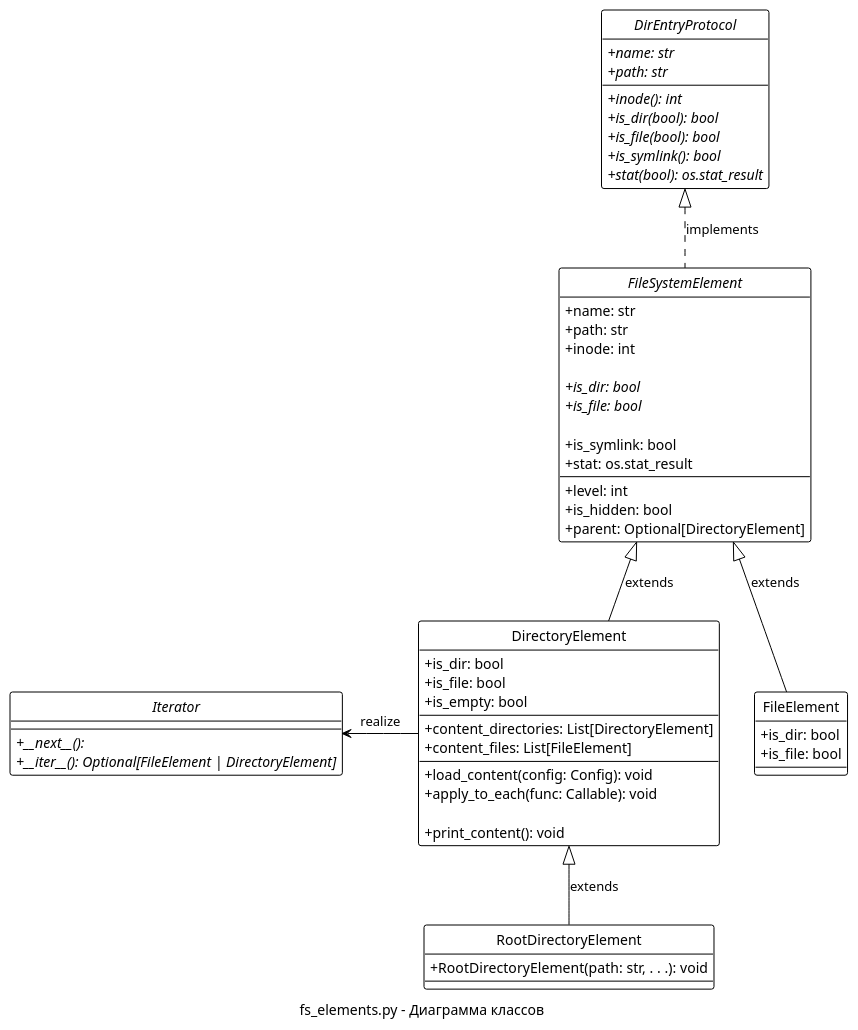
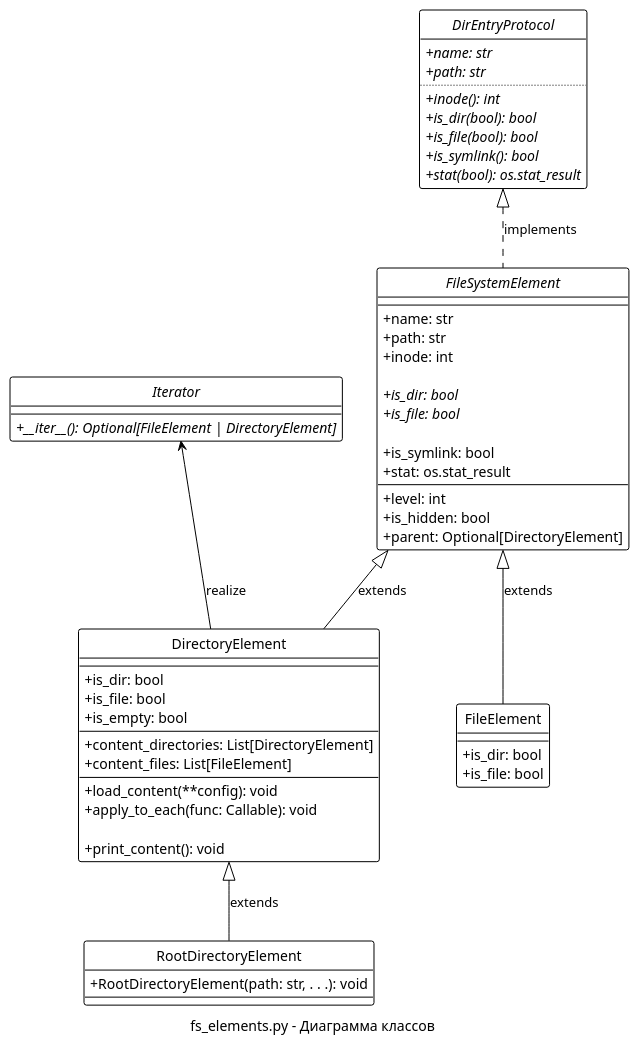
One commit to LumenGNU/ldir changed the second of 3 diagrams in ldir.md. Above: the diagram before and after it, drawn with PlantUML. The commit also changed other lines of this file and 1 other file, not shown here.

Commit message:
Обновление импорта sys и проверка версии Python

````diff
--- a/ldir.md
+++ b/ldir.md
@@ -181,77 +181,80 @@
 ```plantuml
 @startuml fs_elements.py - Диаграмма классов
 
 !theme plain
 
 skinparam style strictuml
 skinparam classAttributeIconSize 0
 
 interface DirEntryProtocol {
   {abstract} +name: str
   {abstract} +path: str
+  ..
   {abstract} +inode(): int
   {abstract} +is_dir(bool): bool
   {abstract} +is_file(bool): bool
   {abstract} +is_symlink(): bool
   {abstract} +stat(bool): os.stat_result
 }
 
 abstract class FileSystemElement {
+  --
   +name: str
   +path: str
   +inode: int
 
   +{abstract} is_dir: bool
   +{abstract} is_file: bool
 
   +is_symlink: bool
   +stat: os.stat_result
-  --
+  __
   +level: int
   +is_hidden: bool
   +parent: Optional[DirectoryElement]
 }
 
 class FileElement {
+  --
   +is_dir: bool
   +is_file: bool
 }
 
 class DirectoryElement {
+  --
   +is_dir: bool
   +is_file: bool
   +is_empty: bool
-  ---
+  __
   +content_directories: List[DirectoryElement]
   +content_files: List[FileElement]
-  ---
-  +load_content(config: Config): void
+  __
+  +load_content(**config): void
   +apply_to_each(func: Callable): void
 
   +print_content(): void
 }
 
 class RootDirectoryElement {
   +RootDirectoryElement(path: str, . . .): void
-  ---
+  --
 }
 
 
 interface Iterator {
-  {abstract} +__next__():
   {abstract} +__iter__(): Optional[FileElement | DirectoryElement]
 }
 
 
 
 DirEntryProtocol <|.. FileSystemElement : implements
 FileSystemElement <|-- FileElement : extends
 FileSystemElement <|-- DirectoryElement : extends
 DirectoryElement <|-- RootDirectoryElement : extends
 
-DirectoryElement -left-> Iterator : realize
+DirectoryElement -up-> Iterator : realize
 
 
 caption fs_elements.py - Диаграмма классов
 @enduml
 ```
````
